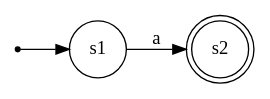
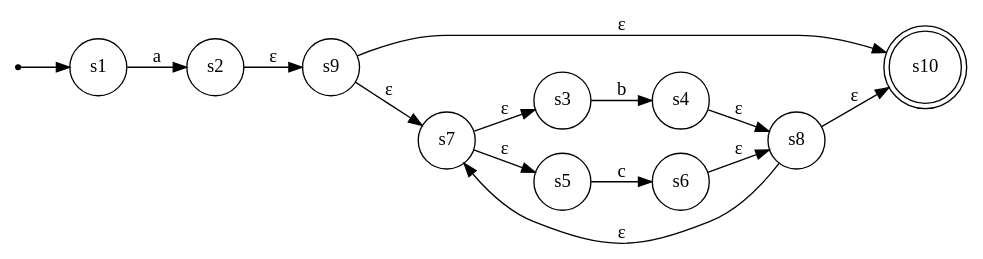
One commit to sauravatgithub-web/REGEX-to-Automata changed the diagram in dots/nfa.dot. Above: the diagram before and after it, drawn with Graphviz. The commit also changed 9 other files, not shown here.

```diff
--- a/dots/nfa.dot
+++ b/dots/nfa.dot
@@ -1,9 +1,20 @@
 digraph Automaton {
     rankdir=LR;
     node [shape=circle];
 
     __start__ [shape=point];
     __start__ -> s1;
-    s2 [shape=doublecircle];
+    s10 [shape=doublecircle];
     s1 -> s2 [label="a"];
+    s3 -> s4 [label="b"];
+    s5 -> s6 [label="c"];
+    s7 -> s3 [label="ε"];
+    s7 -> s5 [label="ε"];
+    s4 -> s8 [label="ε"];
+    s6 -> s8 [label="ε"];
+    s9 -> s10 [label="ε"];
+    s9 -> s7 [label="ε"];
+    s8 -> s10 [label="ε"];
+    s8 -> s7 [label="ε"];
+    s2 -> s9 [label="ε"];
 }
```
